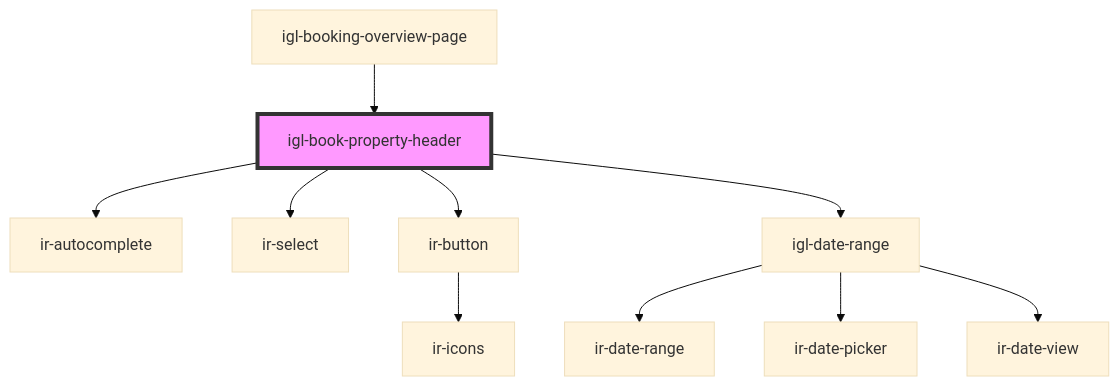
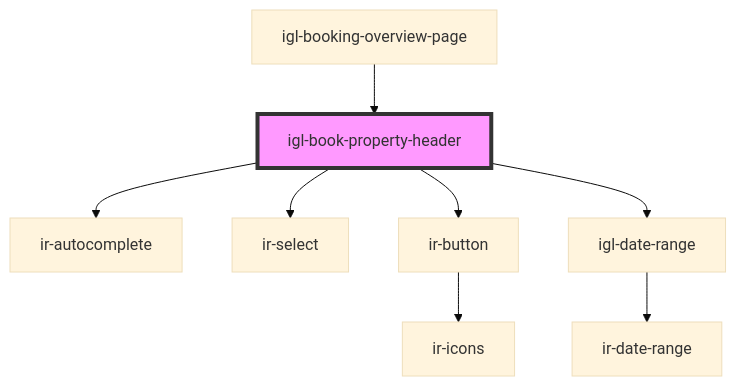
Before and after one commit to David1Chowaifaty/modified-ir-webcmp: the diagram in src/components/igloo-calendar/igl-book-property/igl-book-property-header/readme.md, drawn with Mermaid (base theme). The commit also changed 41 other files, not shown here.

````diff
--- a/src/components/igloo-calendar/igl-book-property/igl-book-property-header/readme.md
+++ b/src/components/igloo-calendar/igl-book-property/igl-book-property-header/readme.md
@@ -57,13 +57,11 @@
 ```mermaid
 graph TD;
   igl-book-property-header --> ir-autocomplete
   igl-book-property-header --> ir-select
   igl-book-property-header --> ir-button
   igl-book-property-header --> igl-date-range
   ir-button --> ir-icons
   igl-date-range --> ir-date-range
-  igl-date-range --> ir-date-picker
-  igl-date-range --> ir-date-view
   igl-booking-overview-page --> igl-book-property-header
   style igl-book-property-header fill:#f9f,stroke:#333,stroke-width:4px
 ```
````
